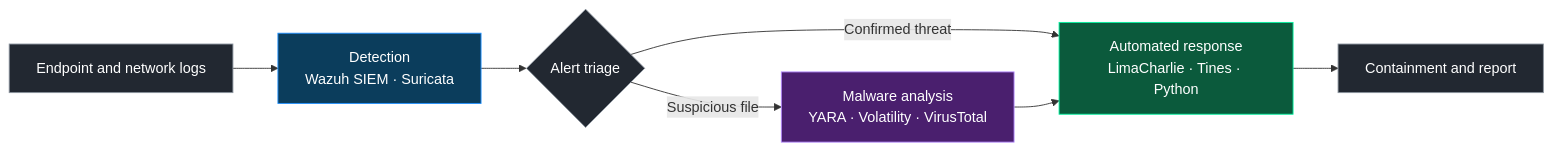
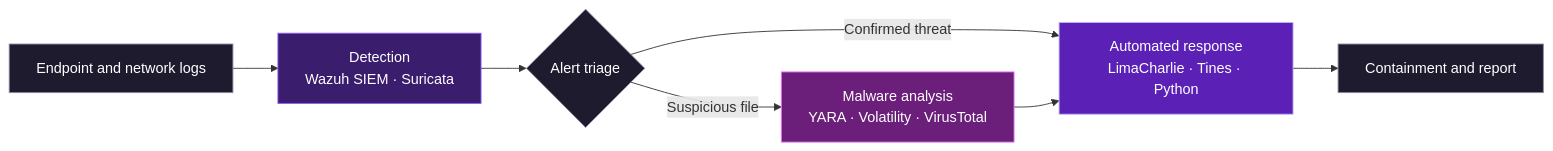
The diagram in README.md (imeneamami/Imen-Amami), drawn with Mermaid before and after one commit. The commit also changed other lines of this file, not shown here.

````diff
--- a/README.md
+++ b/README.md
@@ -37,18 +37,18 @@
 ```mermaid
 flowchart LR
     A["Endpoint and network logs"] --> B["Detection<br/>Wazuh SIEM · Suricata"]
     B --> C{"Alert triage"}
     C -->|"Suspicious file"| D["Malware analysis<br/>YARA · Volatility · VirusTotal"]
     C -->|"Confirmed threat"| E["Automated response<br/>LimaCharlie · Tines · Python"]
     D --> E
     E --> F["Containment and report"]
 
-    classDef detect fill:#0b3d5c,stroke:#1e90ff,color:#ffffff;
-    classDef analyze fill:#4a1f6e,stroke:#b58cff,color:#ffffff;
-    classDef respond fill:#0b5a3c,stroke:#00f5a0,color:#ffffff;
-    classDef neutral fill:#222831,stroke:#8b949e,color:#ffffff;
+    classDef detect fill:#3b1d6e,stroke:#8b5cf6,color:#ffffff;
+    classDef analyze fill:#6b1f7a,stroke:#e879f9,color:#ffffff;
+    classDef respond fill:#5b21b6,stroke:#c4b5fd,color:#ffffff;
+    classDef neutral fill:#1f1b2e,stroke:#8b8aa3,color:#ffffff;
     class A,C,F neutral;
     class B detect;
     class D analyze;
     class E respond;
 ```
````
